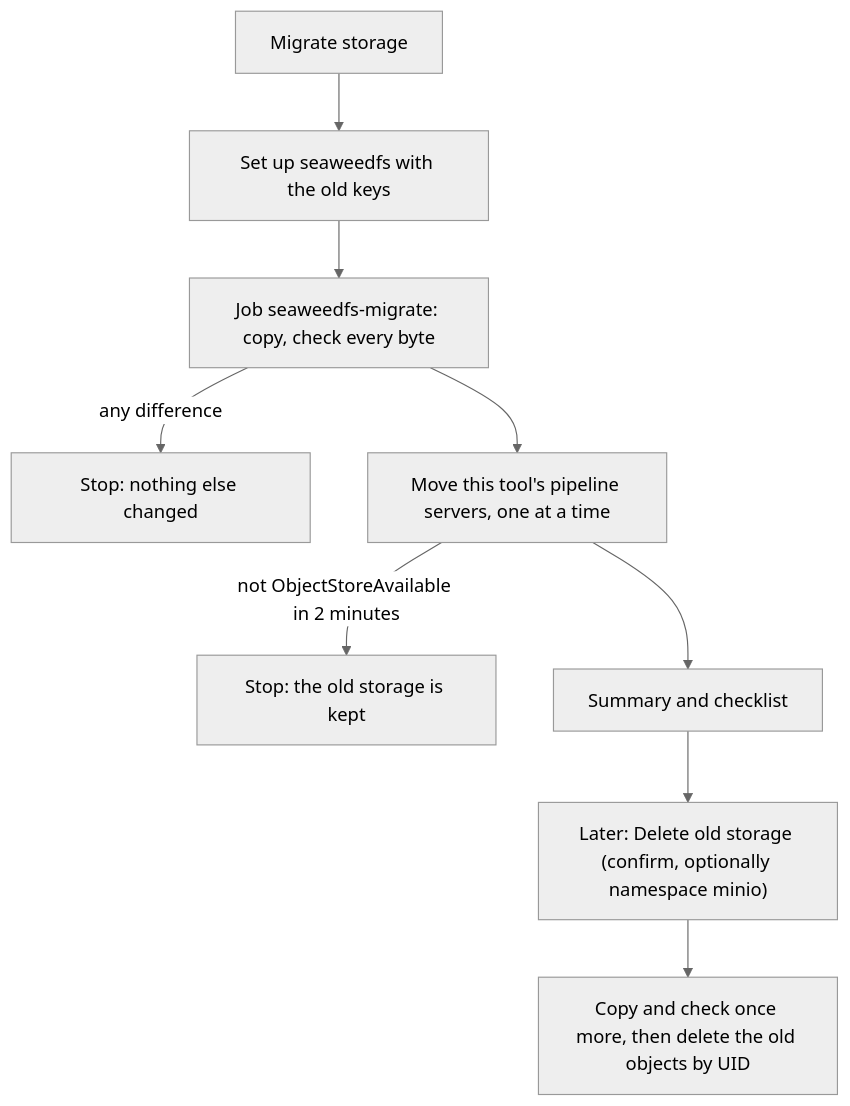
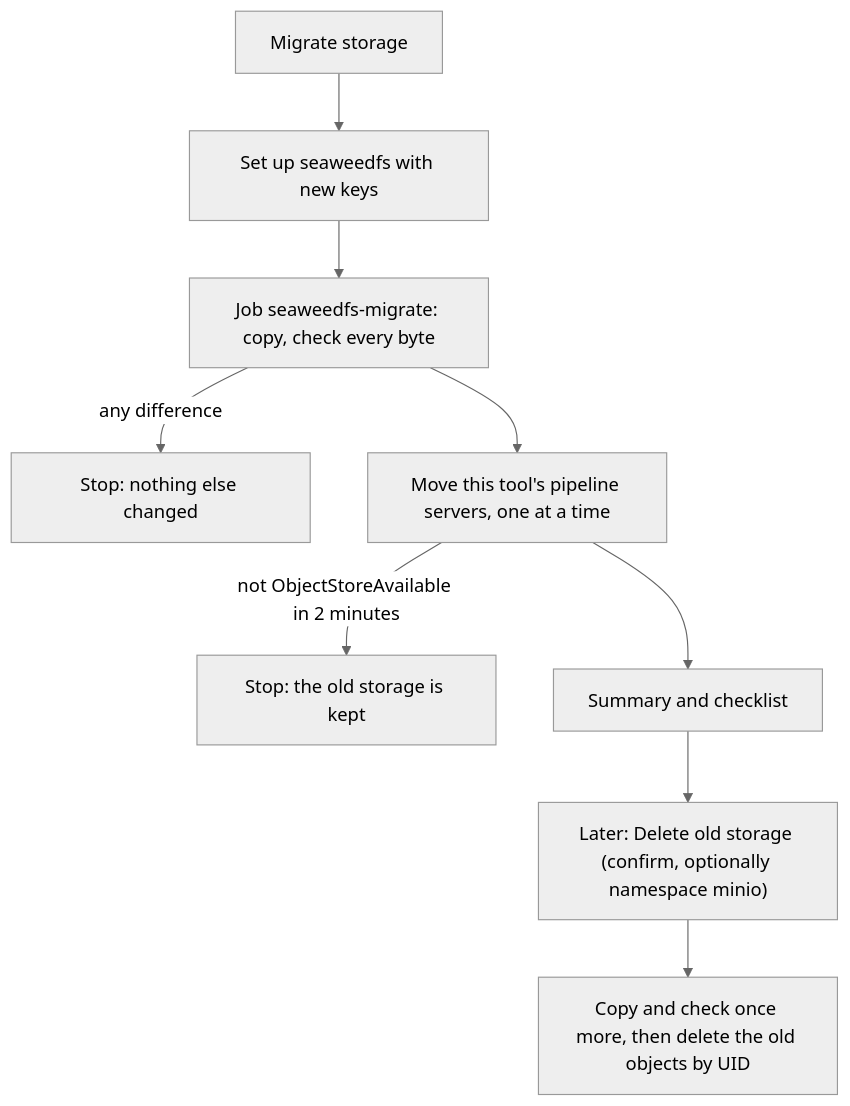
One commit to DaoDaoNoCode/rhoai-nightly-updater changed the third of 3 diagrams in RUNBOOK.md. Above: the diagram before and after it, drawn with Mermaid (neutral theme). The commit also changed other lines of this file and 1 other file, not shown here.

First line of the commit message:
docs: Migrate storage gives new keys; the gateway admits labelled projects

````diff
--- a/RUNBOOK.md
+++ b/RUNBOOK.md
@@ -466,11 +466,11 @@
 ```mermaid
 flowchart TD
-  A["Migrate storage"] --> B["Set up seaweedfs with the old keys"]
+  A["Migrate storage"] --> B["Set up seaweedfs with new keys"]
   B --> C["Job seaweedfs-migrate: copy, check every byte"]
   C -->|"any difference"| X["Stop: nothing else changed"]
   C --> D["Move this tool's pipeline servers, one at a time"]
   D -->|"not ObjectStoreAvailable in 2 minutes"| Y["Stop: the old storage is kept"]
   D --> E["Summary and checklist"]
   E --> F["Later: Delete old storage (confirm, optionally namespace minio)"]
   F --> G["Copy and check once more, then delete the old objects by UID"]
 ```
````
